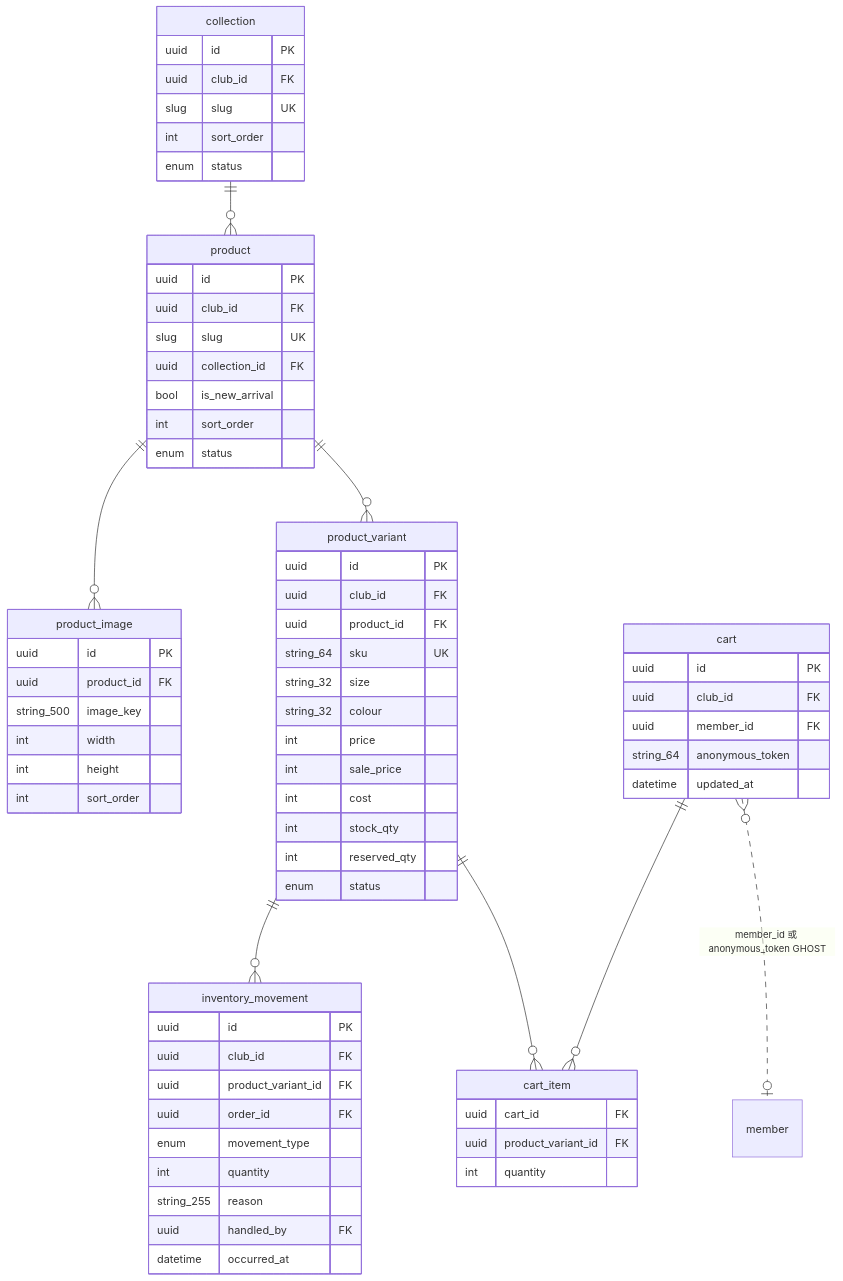
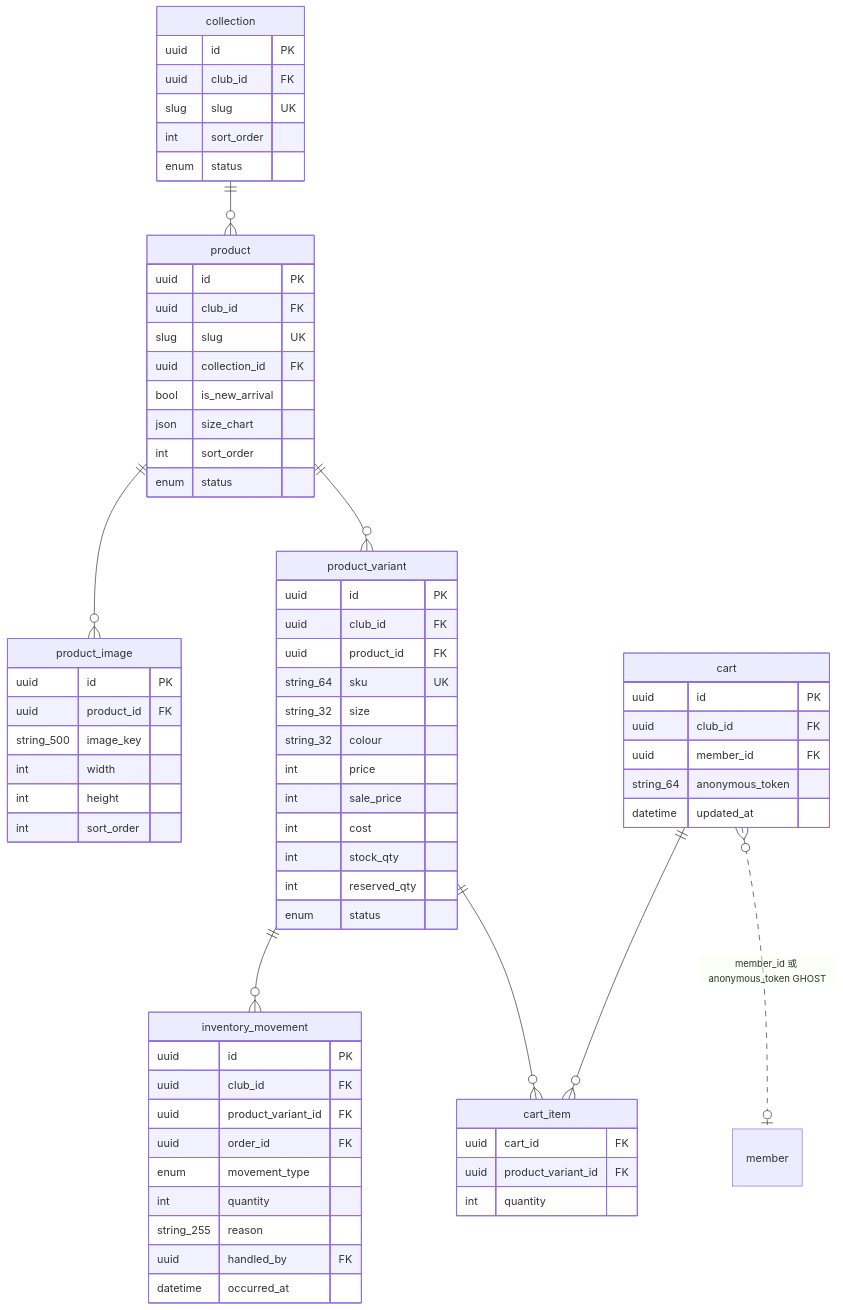
One commit to waiting0201/tcrfc changed diagram 12 of 16 in docs/12a-database-erd.md. Above: the diagram before and after it, drawn with Mermaid. The commit also changed other lines of this file and 3 other files, not shown here.

````diff
--- a/docs/12a-database-erd.md
+++ b/docs/12a-database-erd.md
@@ -780,71 +806,72 @@
 ```mermaid
 erDiagram
   collection ||--o{ product : ""
   product ||--o{ product_image : ""
   product ||--o{ product_variant : ""
   product_variant ||--o{ inventory_movement : ""
   product_variant ||--o{ cart_item : ""
   cart ||--o{ cart_item : ""
   cart }o..o| member : "member_id 或 anonymous_token GHOST"
   collection {
     uuid id PK
     uuid club_id FK
     slug slug UK
     int sort_order
     enum status
   }
   product {
     uuid id PK
     uuid club_id FK
     slug slug UK
     uuid collection_id FK
     bool is_new_arrival
+    json size_chart
     int sort_order
     enum status
   }
   product_image {
     uuid id PK
     uuid product_id FK
     string_500 image_key
     int width
     int height
     int sort_order
   }
   product_variant {
     uuid id PK
     uuid club_id FK
     uuid product_id FK
     string_64 sku UK
     string_32 size
     string_32 colour
     int price
     int sale_price
     int cost
     int stock_qty
     int reserved_qty
     enum status
   }
   inventory_movement {
     uuid id PK
     uuid club_id FK
     uuid product_variant_id FK
     uuid order_id FK
     enum movement_type
     int quantity
     string_255 reason
     uuid handled_by FK
     datetime occurred_at
   }
   cart {
     uuid id PK
     uuid club_id FK
     uuid member_id FK
     string_64 anonymous_token
     datetime updated_at
   }
   cart_item {
     uuid cart_id FK
     uuid product_variant_id FK
     int quantity
   }
 ```
````
